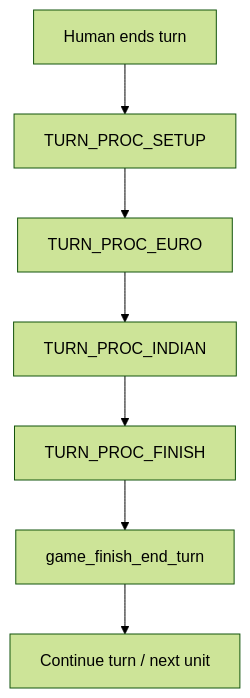
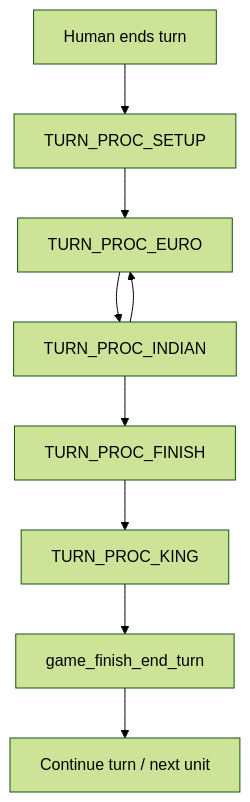
One commit to AbuDhabi/linux-colonize changed the first of 2 diagrams in docs/turn_between_players.md. Above: the diagram before and after it, drawn with Mermaid (forest theme). The commit also changed other lines of this file and 23 other files, not shown here.

````diff
--- a/docs/turn_between_players.md
+++ b/docs/turn_between_players.md
@@ -29,11 +29,13 @@
 ```mermaid
 flowchart TD
   humanEOT[Human ends turn]
   setup[TURN_PROC_SETUP]
   euro[TURN_PROC_EURO]
   indian[TURN_PROC_INDIAN]
   finish[TURN_PROC_FINISH]
+  king[TURN_PROC_KING]
   after[game_finish_end_turn]
   nextHuman[Continue turn / next unit]
-  humanEOT --> setup --> euro --> indian --> finish --> after --> nextHuman
+  humanEOT --> setup --> euro --> indian --> finish --> king --> after --> nextHuman
+  indian --> euro
 ```
````
